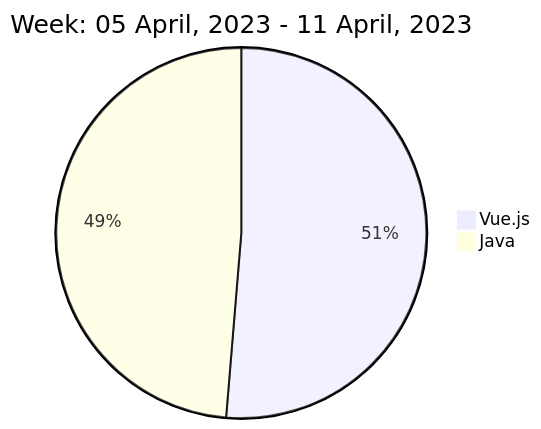
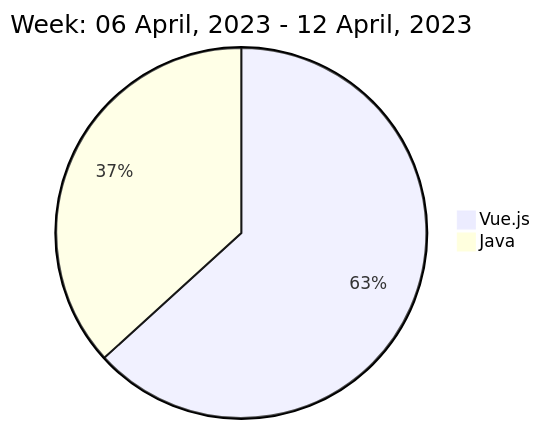
The diagram in README.md (liubin95/liubin95), drawn with Mermaid before and after one commit.

Commit message:
Updated the Graph with new Metrics

````diff
--- a/README.md
+++ b/README.md
@@ -40,6 +40,6 @@
 ```mermaid
  pie
-title Week: 05 April, 2023 - 11 April, 2023
- "Vue.js" : 0.98
+title Week: 06 April, 2023 - 12 April, 2023
+ "Vue.js" : 1.6
  "Java" : 0.93
 ```
````
